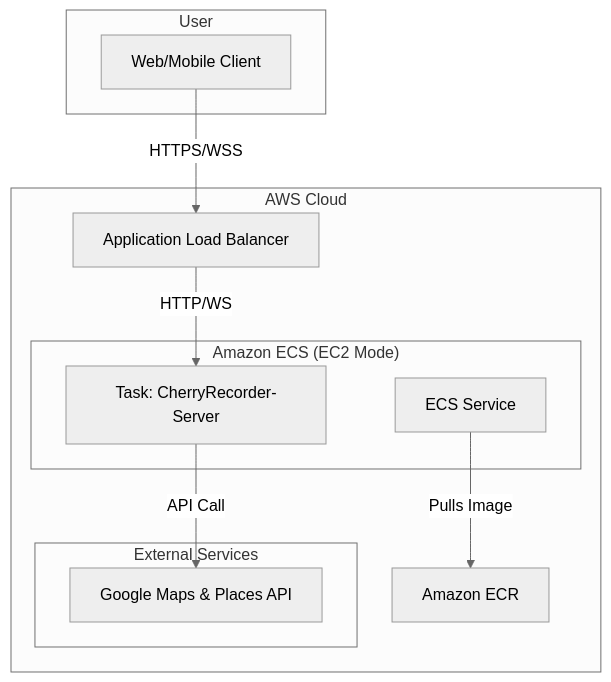
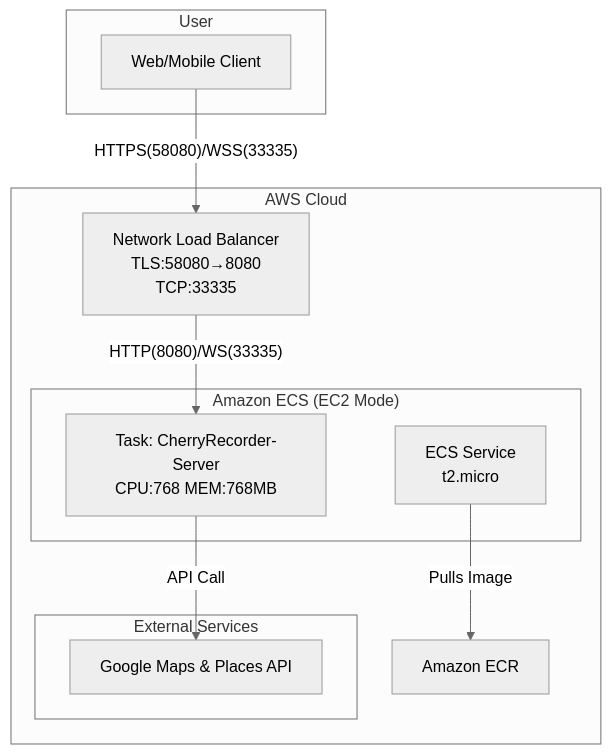
One commit to kugorang/CherryRecorder-Server changed the diagram in README.md. Above: the diagram before and after it, drawn with Mermaid (neutral theme). The commit also changed other lines of this file, not shown here.

````diff
--- a/README.md
+++ b/README.md
@@ -49,23 +52,23 @@
 ```mermaid
 graph TD
     subgraph "User"
         U[Web/Mobile Client]
     end
 
     subgraph "AWS Cloud"
-        ALB[Application Load Balancer]
+        NLB[Network Load Balancer<br/>TLS:58080→8080<br/>TCP:33335]
         subgraph "Amazon ECS (EC2 Mode)"
-            ECS[ECS Service]
-            T[Task: CherryRecorder-Server]
+            ECS[ECS Service<br/>t2.micro]
+            T[Task: CherryRecorder-Server<br/>CPU:768 MEM:768MB]
         end
         ECR[Amazon ECR]
         subgraph "External Services"
             G[Google Maps & Places API]
         end
     end
 
-    U -- HTTPS/WSS --> ALB
-    ALB -- HTTP/WS --> T
+    U -- HTTPS(58080)/WSS(33335) --> NLB
+    NLB -- HTTP(8080)/WS(33335) --> T
     ECS -- Pulls Image --> ECR
     T -- API Call --> G
 ```
````
